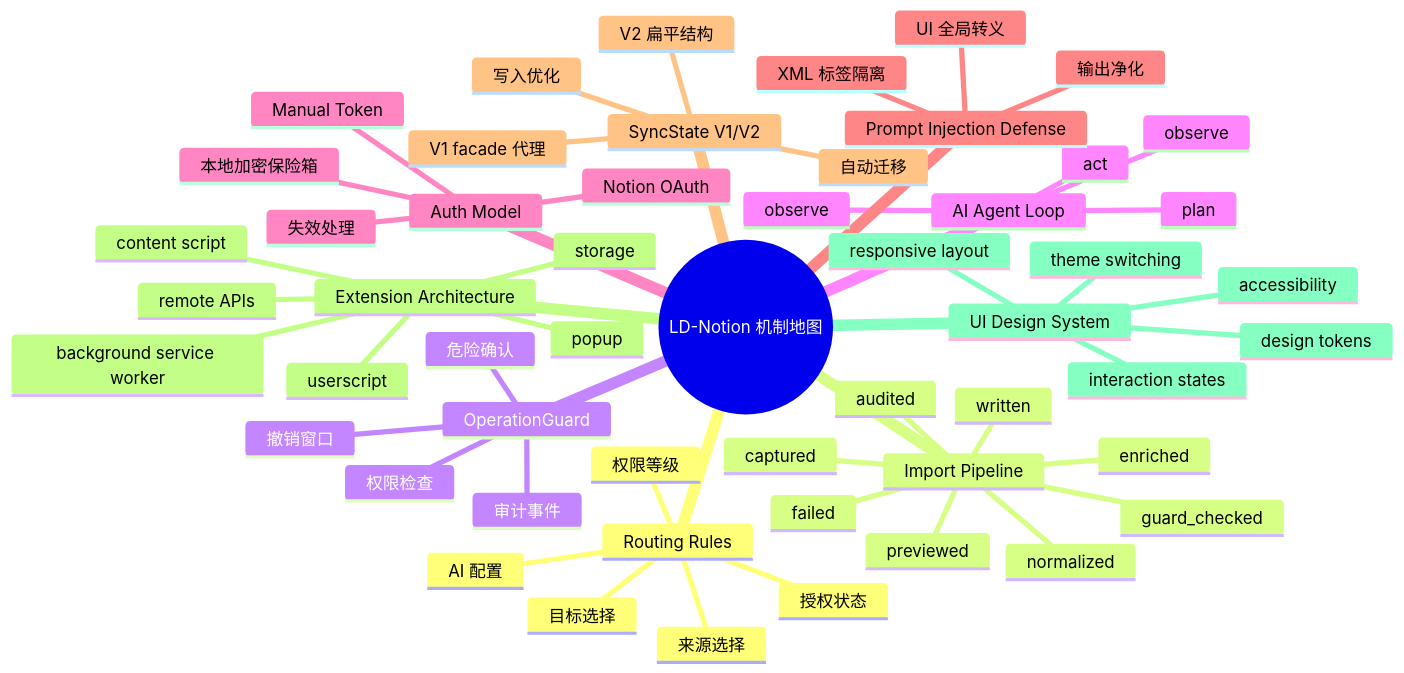
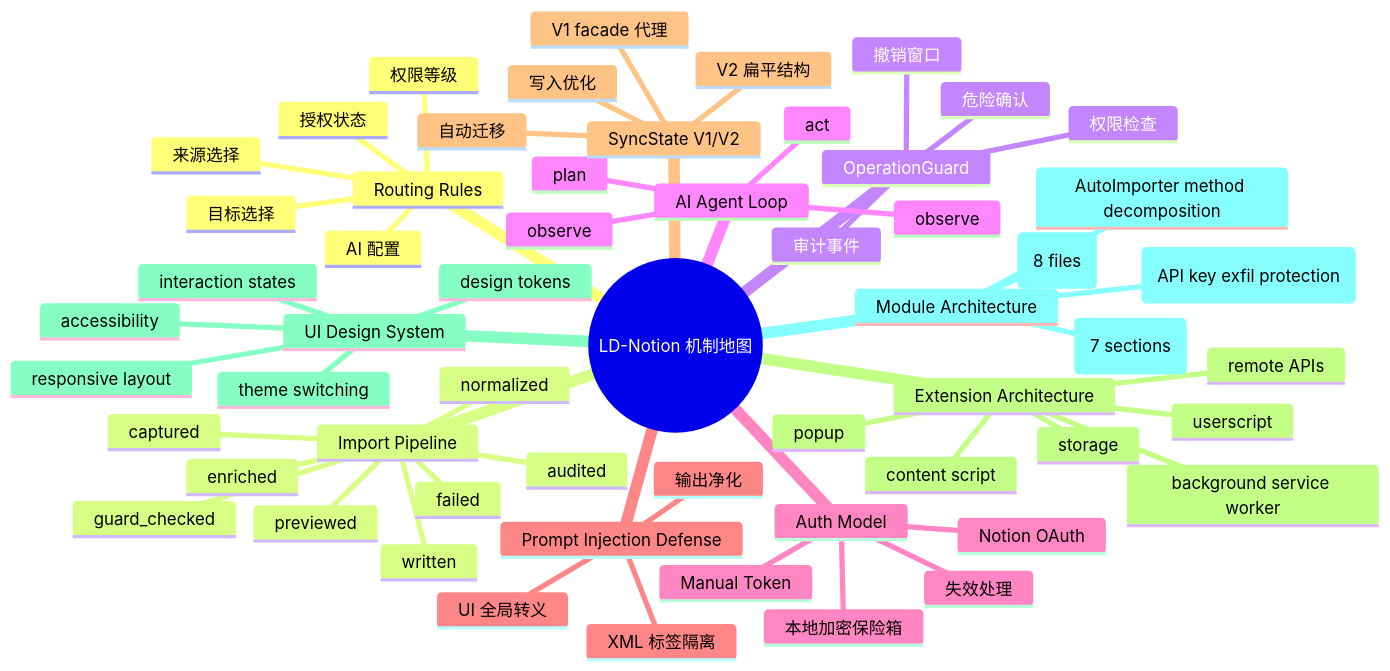
Before and after one commit to Smith-106/LD-Notion: the diagram in docs/concepts/index.md, drawn with Mermaid. The commit also changed 7 other files, not shown here.

````diff
--- a/docs/concepts/index.md
+++ b/docs/concepts/index.md
@@ -7,56 +7,61 @@
 ```mermaid
 mindmap
   root((LD-Notion 机制地图))
     Routing Rules
       来源选择
       目标选择
       授权状态
       AI 配置
       权限等级
     Import Pipeline
       captured
       normalized
       guard_checked
       enriched
       previewed
       written
       audited
       failed
     OperationGuard
       权限检查
       危险确认
       审计事件
       撤销窗口
     AI Agent Loop
       observe
       plan
       act
       observe
     Auth Model
       Notion OAuth
       Manual Token
       本地加密保险箱
       失效处理
     Prompt Injection Defense
       XML 标签隔离
       输出净化
       UI 全局转义
     SyncState V1/V2
       V2 扁平结构
       V1 facade 代理
       自动迁移
       写入优化
     Extension Architecture
       userscript
       content script
       background service worker
       popup
       storage
       remote APIs
     UI Design System
       design tokens
       theme switching
       interaction states
       accessibility
       responsive layout
+    Module Architecture
+      UI module split (8 files)
+      AI module sections (7 sections)
+      UrlValidator (API key exfil protection)
+      AutoImporter method decomposition
 ```
````
